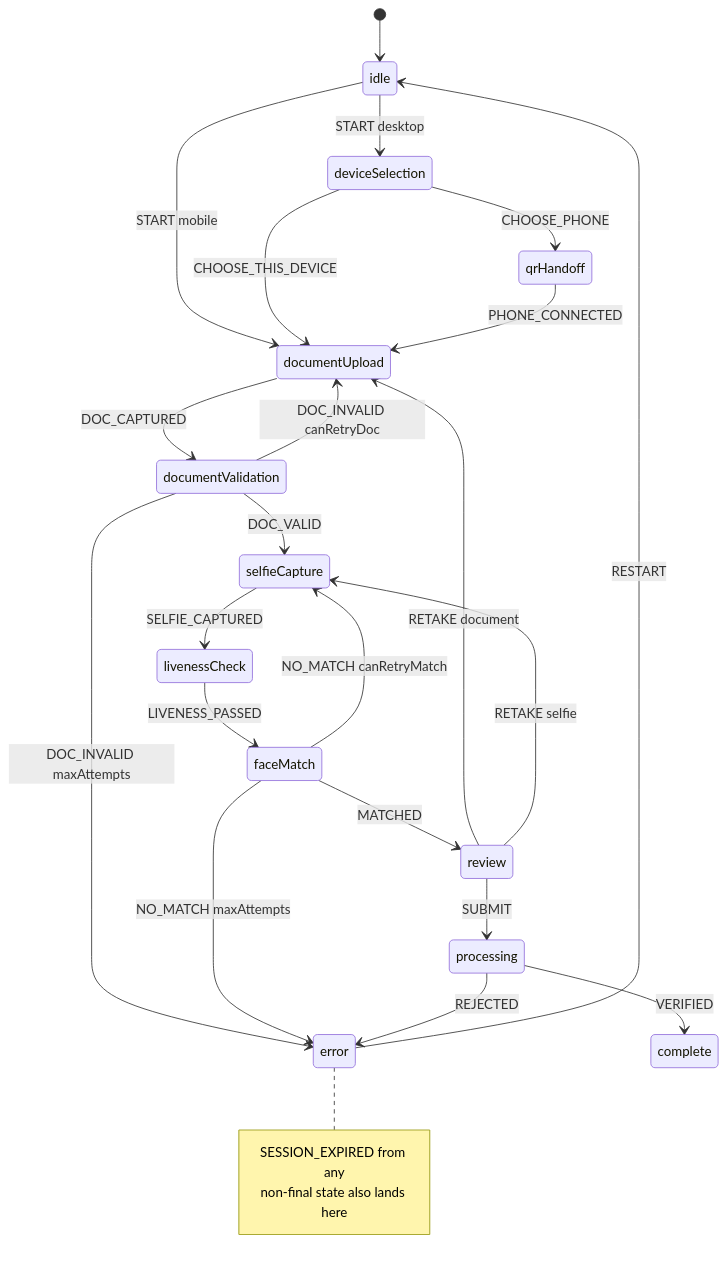
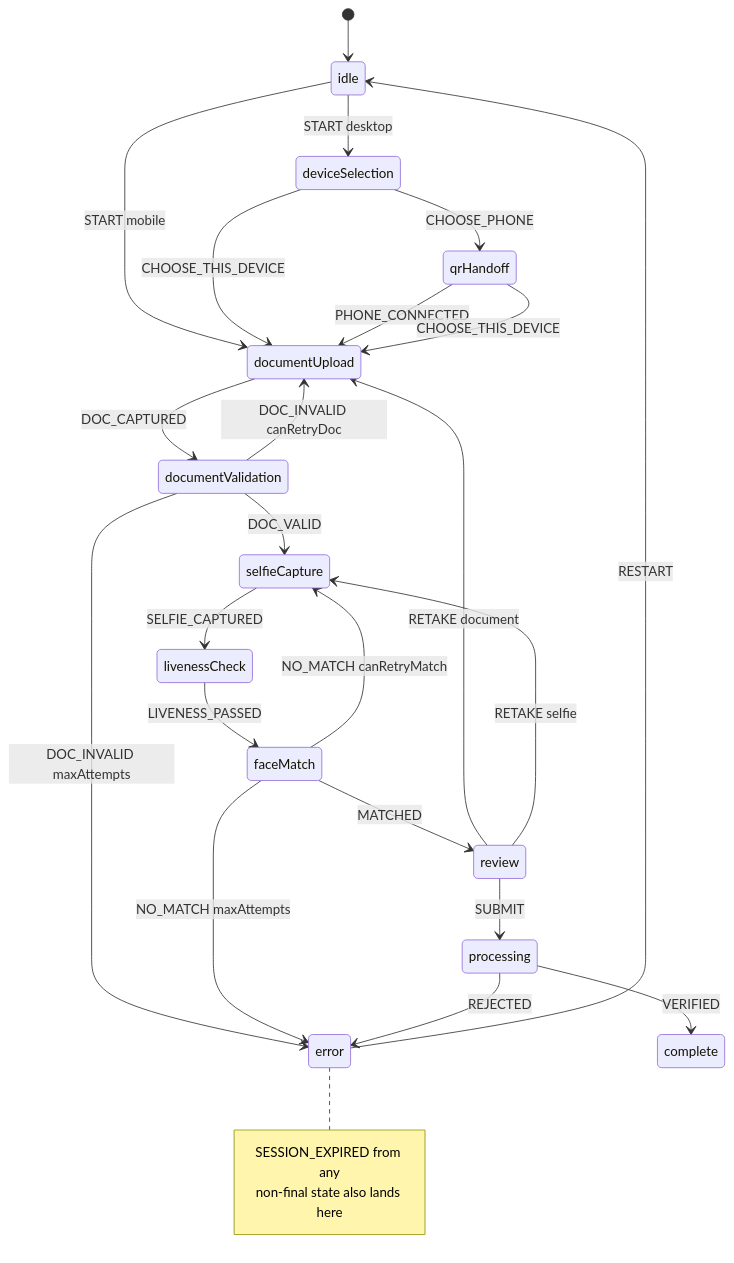
One commit to Karabo-Seipelo/Tsogo-KYC changed the diagram in specs/01-journey-state-machine/spec.md. Above: the diagram before and after it, drawn with Mermaid. The commit also changed other lines of this file and 7 other files, not shown here.

````diff
--- a/specs/01-journey-state-machine/spec.md
+++ b/specs/01-journey-state-machine/spec.md
@@ -11,29 +11,30 @@
 ```mermaid
 stateDiagram-v2
   [*] --> idle
   idle --> deviceSelection: START desktop
   idle --> documentUpload: START mobile
   deviceSelection --> qrHandoff: CHOOSE_PHONE
   deviceSelection --> documentUpload: CHOOSE_THIS_DEVICE
   qrHandoff --> documentUpload: PHONE_CONNECTED
+  qrHandoff --> documentUpload: CHOOSE_THIS_DEVICE
   documentUpload --> documentValidation: DOC_CAPTURED
   documentValidation --> selfieCapture: DOC_VALID
   documentValidation --> documentUpload: DOC_INVALID canRetryDoc
   documentValidation --> error: DOC_INVALID maxAttempts
   selfieCapture --> livenessCheck: SELFIE_CAPTURED
   livenessCheck --> faceMatch: LIVENESS_PASSED
   faceMatch --> review: MATCHED
   faceMatch --> selfieCapture: NO_MATCH canRetryMatch
   faceMatch --> error: NO_MATCH maxAttempts
   review --> processing: SUBMIT
   review --> documentUpload: RETAKE document
   review --> selfieCapture: RETAKE selfie
   processing --> complete: VERIFIED
   processing --> error: REJECTED
   error --> idle: RESTART
 
   note right of error
     SESSION_EXPIRED from any
     non-final state also lands here
   end note
 ```
````
